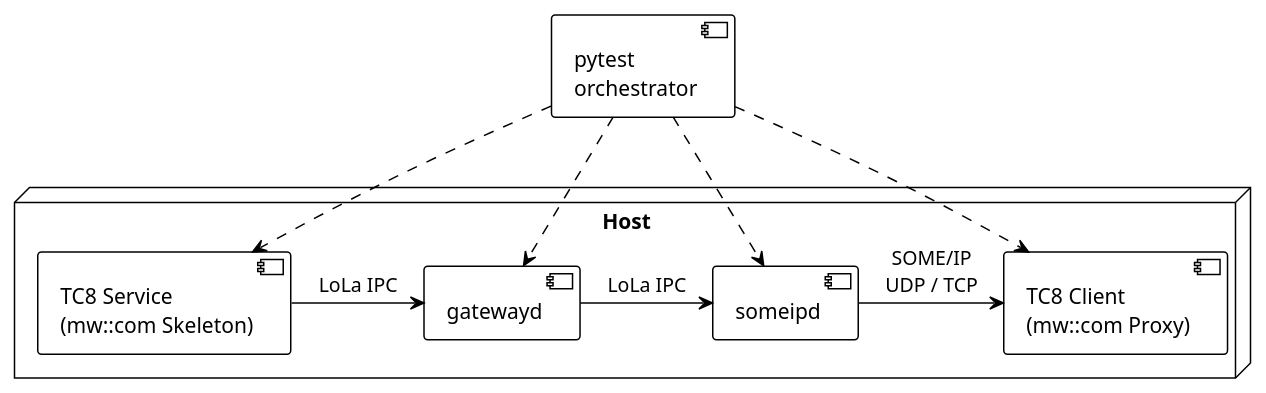
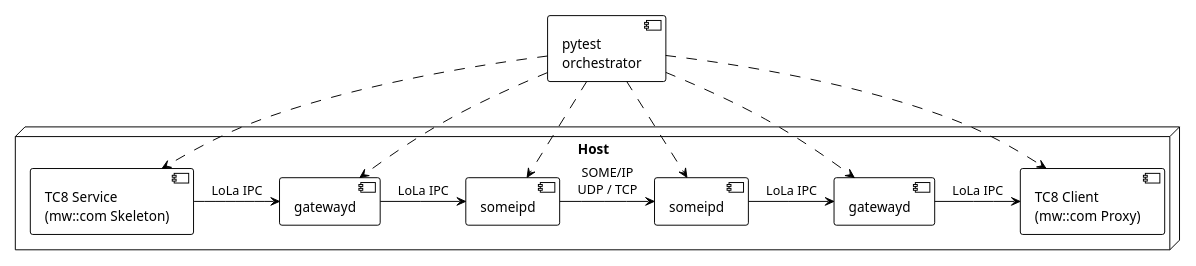
One commit to eclipse-score/inc_someip_gateway changed the fifth of 7 diagrams in docs/architecture/tc8_conformance_testing.rst. Above: the diagram before and after it, drawn with PlantUML. The commit also changed other lines of this file and 5 other files, not shown here.

Commit message:
docs: trim TC8 architecture doc and move coverage to traceability.

```diff
--- a/docs/architecture/tc8_conformance_testing.rst
+++ b/docs/architecture/tc8_conformance_testing.rst
@@ -505,22 +286,30 @@
 .. uml::
 
    @startuml
    !theme plain
+   scale max 800 width
 
    node "Host" {
      [TC8 Service\n(mw::com Skeleton)] as Svc
-     [gatewayd] as GW
-     [someipd] as SD
+     [gatewayd] as GW1
+     [someipd] as SD1
+
+     [someipd] as SD2
+     [gatewayd] as GW2
      [TC8 Client\n(mw::com Proxy)] as Cli
 
-     Svc -right-> GW : LoLa IPC
-     GW -right-> SD : LoLa IPC
-     SD -right-> Cli : SOME/IP\nUDP / TCP
+     Svc -right-> GW1 : LoLa IPC
+     GW1 -right-> SD1 : LoLa IPC
+     SD1 -right-> SD2 : SOME/IP\nUDP / TCP
+     SD2 -right-> GW2 : LoLa IPC
+     GW2 -right-> Cli : LoLa IPC
    }
 
    [pytest\norchestrator] as Orch
    Orch .down.> Svc
-   Orch .down.> GW
-   Orch .down.> SD
+   Orch .down.> GW1
+   Orch .down.> SD1
+   Orch .down.> SD2
+   Orch .down.> GW2
    Orch .down.> Cli
    @enduml
```
